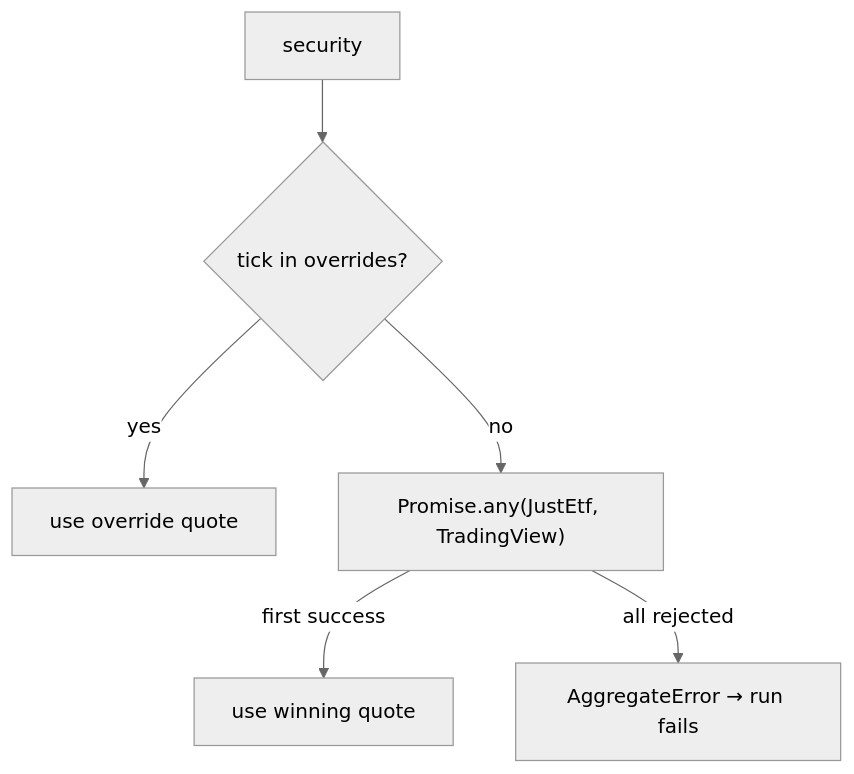
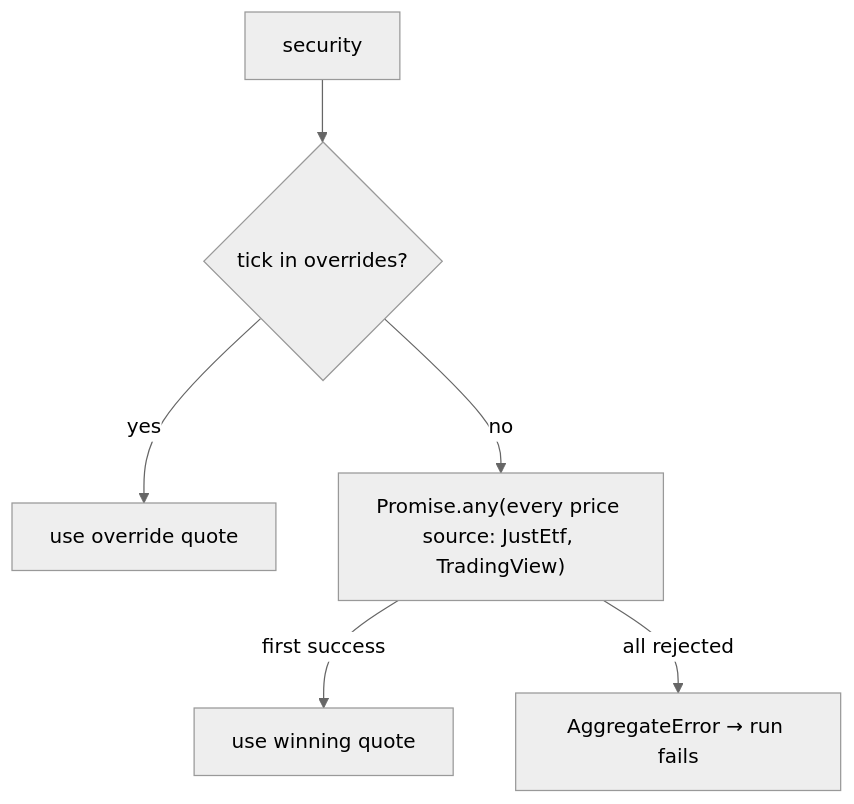
The diagram in docs/domain/market-data.md (armaaar/stock-calc), drawn with Mermaid (neutral theme) before and after one commit. The commit also changed other lines of this file and 73 other files, not shown here.

````diff
--- a/docs/domain/market-data.md
+++ b/docs/domain/market-data.md
@@ -28,8 +28,8 @@
 ```mermaid
 flowchart TD
   A[security] --> B{tick in overrides?}
   B -- yes --> Q[use override quote]
-  B -- no --> C["Promise.any(JustEtf, TradingView)"]
+  B -- no --> C["Promise.any(every price source: JustEtf, TradingView)"]
   C -- first success --> Q2[use winning quote]
   C -- all rejected --> E[AggregateError → run fails]
 ```
````
